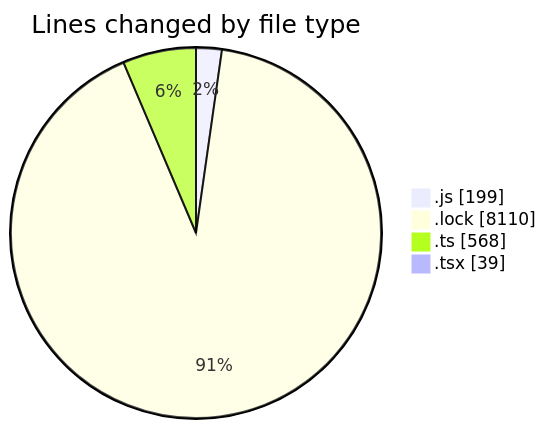
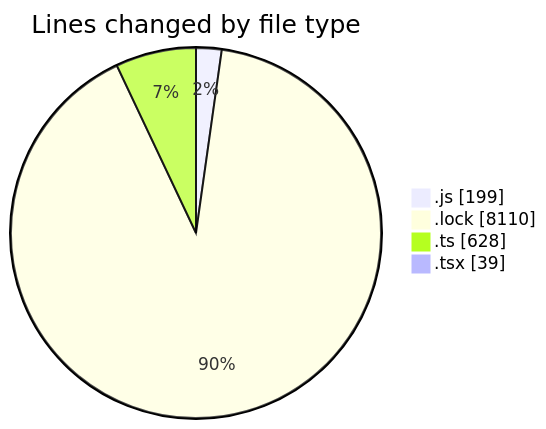
The first of 2 diagrams in 2025-02-07/cda/README.md (momahboobian/code-tracking), drawn with Mermaid before and after one commit. The commit also changed other lines of this file and 1 other file, not shown here.

````diff
--- a/2025-02-07/cda/README.md
+++ b/2025-02-07/cda/README.md
@@ -29,8 +31,8 @@
 ```mermaid
 pie showData
 title Lines changed by file type
 ".js" : 199
 ".lock" : 8110
-".ts" : 568
+".ts" : 628
 ".tsx" : 39
 ```
````
